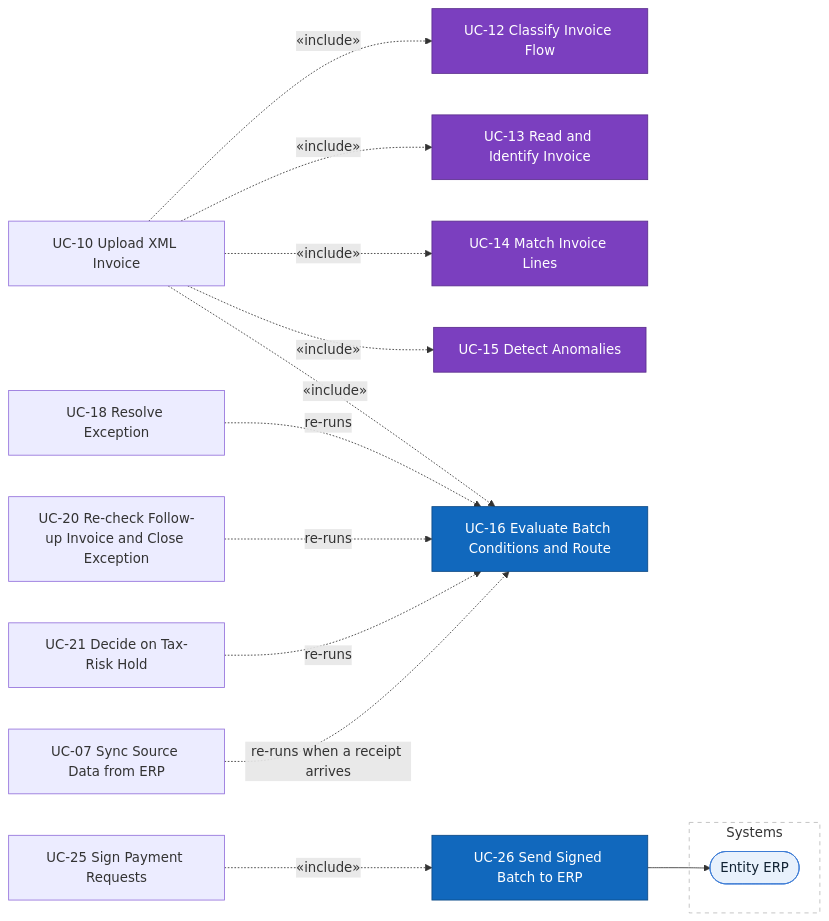
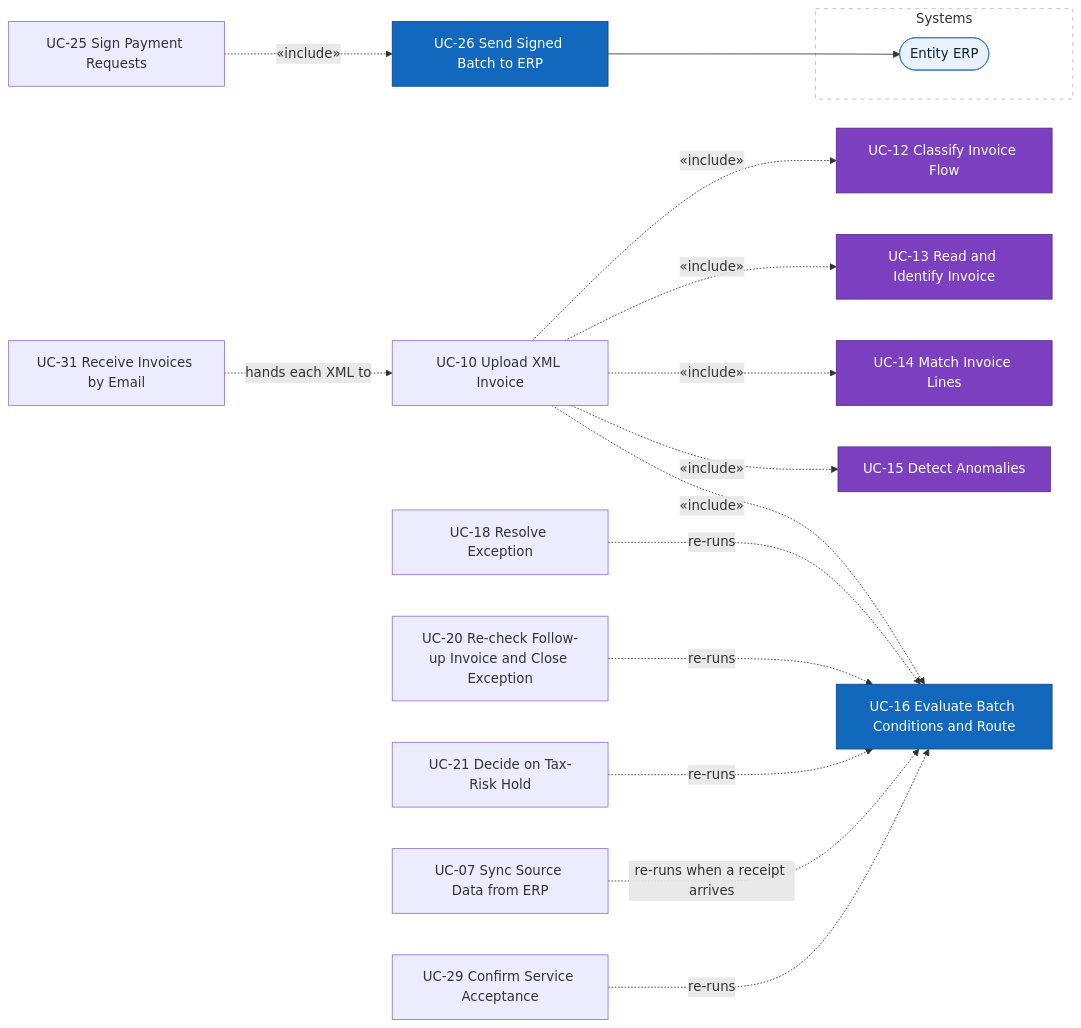
One commit to minhtuann1102/MatchPay changed the sixth of 6 diagrams in docs/02-usecases-userstories/01-use-cases.md. Above: the diagram before and after it, drawn with Mermaid. The commit also changed other lines of this file and 20 other files, not shown here.

First line of the commit message:
docs: sync Steps 1 and 2 to the feature mind map (draft for review)

````diff
--- a/docs/02-usecases-userstories/01-use-cases.md
+++ b/docs/02-usecases-userstories/01-use-cases.md
@@ -311,36 +333,40 @@
 ```mermaid
 flowchart LR
     upXml["UC-10 Upload XML Invoice"]
     classify["UC-12 Classify Invoice Flow"]:::ai
     identify["UC-13 Read and Identify Invoice"]:::ai
     match["UC-14 Match Invoice Lines"]:::ai
     detect["UC-15 Detect Anomalies"]:::ai
     route["UC-16 Evaluate Batch Conditions and Route"]:::shared
     resolve["UC-18 Resolve Exception"]
     recheck["UC-20 Re-check Follow-up Invoice and Close Exception"]
     hold["UC-21 Decide on Tax-Risk Hold"]
     sync["UC-07 Sync Source Data from ERP"]
+    accept["UC-29 Confirm Service Acceptance"]
+    mailbox["UC-31 Receive Invoices by Email"]
     sign["UC-25 Sign Payment Requests"]
     send["UC-26 Send Signed Batch to ERP"]:::shared
 
     subgraph right["Systems"]
         erp(["Entity ERP"]):::external
     end
 
     upXml -.->|"«include»"| classify
     upXml -.->|"«include»"| identify
     upXml -.->|"«include»"| match
     upXml -.->|"«include»"| detect
     upXml -.->|"«include»"| route
     resolve -.->|"re-runs"| route
     recheck -.->|"re-runs"| route
     hold -.->|"re-runs"| route
     sync -.->|"re-runs when a receipt arrives"| route
+    accept -.->|"re-runs"| route
+    mailbox -.->|"hands each XML to"| upXml
     sign -.->|"«include»"| send
     send --> erp
 
     classDef shared fill:#1168bd,color:#fff,stroke:#0b4884
     classDef ai fill:#7b3fbf,color:#fff,stroke:#5a2d8c
     classDef external fill:#e8f1fc,color:#123,stroke:#3a7bd5
     style right fill:#fff,stroke:#bbb,stroke-dasharray:5 5
 ```
````
